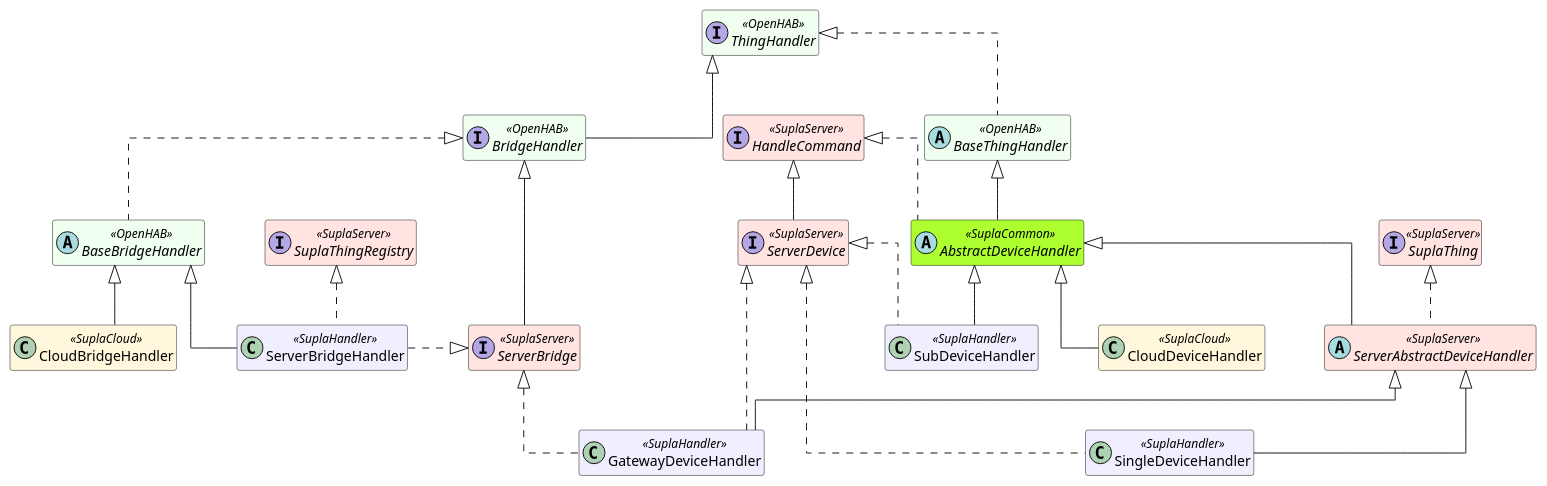
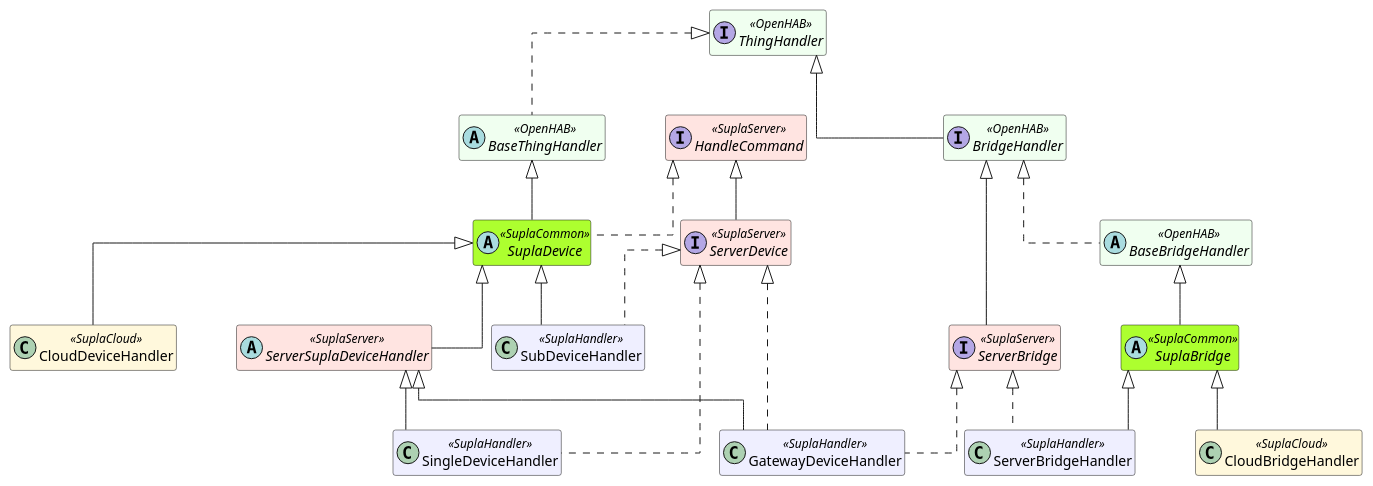
One commit to magx2/openhab-supla changed the diagram in puml/handler-inheritance.puml. Above: the diagram before and after it, drawn with PlantUML. The commit also changed 15 other files, not shown here.

```diff
--- a/puml/handler-inheritance.puml
+++ b/puml/handler-inheritance.puml
@@ -1,70 +1,70 @@
 @startuml
 skinparam classAttributeIconSize 0
 skinparam linetype ortho
 skinparam nodesep 60
 skinparam ranksep 60
 hide empty members
 
 ' Keep the most-shared abstractions visually at the top
 top to bottom direction
 
 skinparam class {
 BackgroundColor<<OpenHAB>> HoneyDew
 BackgroundColor<<SuplaCloud>> Cornsilk
 BackgroundColor<<SuplaServer>> MistyRose
 BackgroundColor<<SuplaHandler>> Motivation
 BackgroundColor<<SuplaCommon>> GreenYellow
 }
 
 ' Anchor heavily used OpenHAB and Supla abstractions on the top rank
 interface ThingHandler <<OpenHAB>>
 interface BridgeHandler <<OpenHAB>>
 abstract class BaseThingHandler <<OpenHAB>>
 abstract class BaseBridgeHandler <<OpenHAB>>
 
-abstract class AbstractDeviceHandler <<SuplaCommon>>
-abstract class ServerAbstractDeviceHandler <<SuplaServer>>
+abstract class SuplaDevice <<SuplaCommon>>
+abstract class ServerSuplaDeviceHandler <<SuplaServer>>
+abstract class SuplaBridge <<SuplaCommon>>
 
 interface HandleCommand <<SuplaServer>>
 interface ServerDevice <<SuplaServer>>
-interface SuplaThing <<SuplaServer>>
-interface SuplaThingRegistry <<SuplaServer>>
 interface ServerBridge <<SuplaServer>>
 
 class GatewayDeviceHandler <<SuplaHandler>>
 class SingleDeviceHandler <<SuplaHandler>>
 class SubDeviceHandler <<SuplaHandler>>
 class ServerBridgeHandler <<SuplaHandler>>
 
 class CloudBridgeHandler <<SuplaCloud>>
 class CloudDeviceHandler <<SuplaCloud>>
 
 ' OpenHAB core relationships
 ThingHandler <|.. BaseThingHandler
 ThingHandler <|-- BridgeHandler
 BridgeHandler <|.. BaseBridgeHandler
 
+' Supla Common
+BaseBridgeHandler <|-- SuplaBridge
+
 ' Device handler relationships
-BaseThingHandler <|-- AbstractDeviceHandler
-AbstractDeviceHandler <|-- ServerAbstractDeviceHandler
-AbstractDeviceHandler <|-- SubDeviceHandler
-AbstractDeviceHandler <|-- CloudDeviceHandler
-ServerAbstractDeviceHandler <|-- GatewayDeviceHandler
-ServerAbstractDeviceHandler <|-- SingleDeviceHandler
+BaseThingHandler <|-- SuplaDevice
+SuplaDevice <|-- ServerSuplaDeviceHandler
+SuplaDevice <|-- SubDeviceHandler
+SuplaDevice <|-- CloudDeviceHandler
+ServerSuplaDeviceHandler <|-- GatewayDeviceHandler
+ServerSuplaDeviceHandler <|-- SingleDeviceHandler
 
 ' Supla trait implementations (device side)
-HandleCommand <|.. AbstractDeviceHandler
+HandleCommand <|.. SuplaDevice
 HandleCommand <|-- ServerDevice
 ServerDevice <|.. SubDeviceHandler
 ServerDevice <|.. SingleDeviceHandler
 ServerDevice <|.. GatewayDeviceHandler
-SuplaThing <|.. ServerAbstractDeviceHandler
 
 ' Bridge handler relationships
-BaseBridgeHandler <|-- CloudBridgeHandler
-BaseBridgeHandler <|-- ServerBridgeHandler
+SuplaBridge <|-- CloudBridgeHandler
+SuplaBridge <|-- ServerBridgeHandler
 BridgeHandler <|-- ServerBridge
 ServerBridge <|.. GatewayDeviceHandler
-ServerBridge <|.left. ServerBridgeHandler
-SuplaThingRegistry <|.. ServerBridgeHandler
+ServerBridge <|.. ServerBridgeHandler
 @enduml
```
